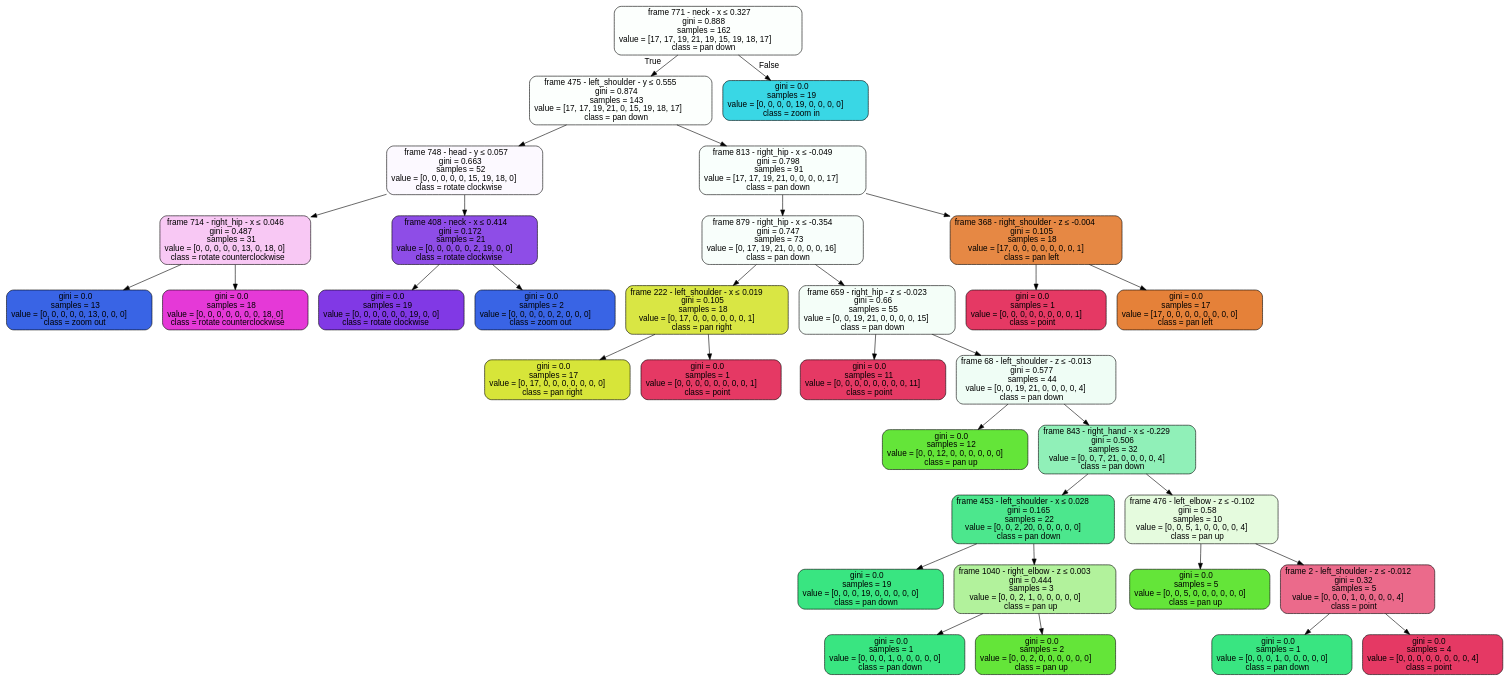
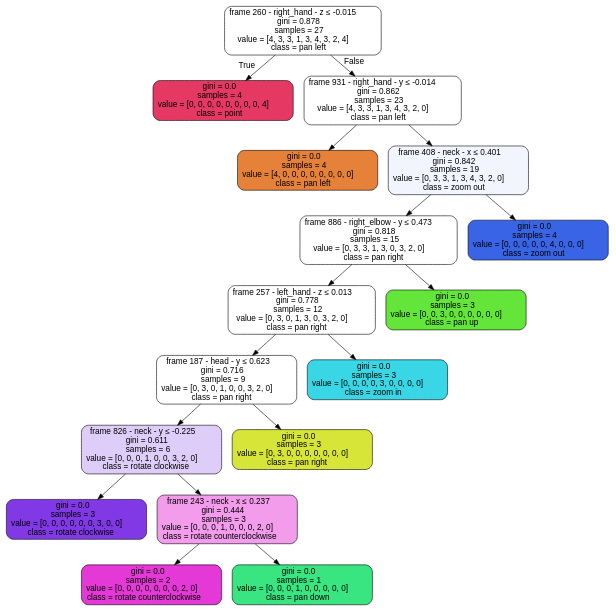
One commit to mcreaded/6.835 changed the diagram in miniprojects/project2/tree.dot. Above: the diagram before and after it, drawn with Graphviz. The commit also changed 3 other files, not shown here.

```diff
--- a/miniprojects/project2/tree.dot
+++ b/miniprojects/project2/tree.dot
@@ -1,69 +1,37 @@
 digraph Tree {
 node [shape=box, style="filled, rounded", color="black", fontname=helvetica] ;
 edge [fontname=helvetica] ;
-0 [label=<frame 771 - neck - x &le; 0.327<br/>gini = 0.888<br/>samples = 162<br/>value = [17, 17, 19, 21, 19, 15, 19, 18, 17]<br/>class = pan down>, fillcolor="#39e58104"] ;
-1 [label=<frame 475 - left_shoulder - y &le; 0.555<br/>gini = 0.874<br/>samples = 143<br/>value = [17, 17, 19, 21, 0, 15, 19, 18, 17]<br/>class = pan down>, fillcolor="#39e58104"] ;
+0 [label=<frame 260 - right_hand - z &le; -0.015<br/>gini = 0.878<br/>samples = 27<br/>value = [4, 3, 3, 1, 3, 4, 3, 2, 4]<br/>class = pan left>, fillcolor="#e5813900"] ;
+1 [label=<gini = 0.0<br/>samples = 4<br/>value = [0, 0, 0, 0, 0, 0, 0, 0, 4]<br/>class = point>, fillcolor="#e53964ff"] ;
 0 -> 1 [labeldistance=2.5, labelangle=45, headlabel="True"] ;
-2 [label=<frame 748 - head - y &le; 0.057<br/>gini = 0.663<br/>samples = 52<br/>value = [0, 0, 0, 0, 0, 15, 19, 18, 0]<br/>class = rotate clockwise>, fillcolor="#8139e507"] ;
-1 -> 2 ;
-3 [label=<frame 714 - right_hip - x &le; 0.046<br/>gini = 0.487<br/>samples = 31<br/>value = [0, 0, 0, 0, 0, 13, 0, 18, 0]<br/>class = rotate counterclockwise>, fillcolor="#e539d747"] ;
+2 [label=<frame 931 - right_hand - y &le; -0.014<br/>gini = 0.862<br/>samples = 23<br/>value = [4, 3, 3, 1, 3, 4, 3, 2, 0]<br/>class = pan left>, fillcolor="#e5813900"] ;
+0 -> 2 [labeldistance=2.5, labelangle=-45, headlabel="False"] ;
+3 [label=<gini = 0.0<br/>samples = 4<br/>value = [4, 0, 0, 0, 0, 0, 0, 0, 0]<br/>class = pan left>, fillcolor="#e58139ff"] ;
 2 -> 3 ;
-4 [label=<gini = 0.0<br/>samples = 13<br/>value = [0, 0, 0, 0, 0, 13, 0, 0, 0]<br/>class = zoom out>, fillcolor="#3964e5ff"] ;
-3 -> 4 ;
-5 [label=<gini = 0.0<br/>samples = 18<br/>value = [0, 0, 0, 0, 0, 0, 0, 18, 0]<br/>class = rotate counterclockwise>, fillcolor="#e539d7ff"] ;
-3 -> 5 ;
-6 [label=<frame 408 - neck - x &le; 0.414<br/>gini = 0.172<br/>samples = 21<br/>value = [0, 0, 0, 0, 0, 2, 19, 0, 0]<br/>class = rotate clockwise>, fillcolor="#8139e5e4"] ;
-2 -> 6 ;
-7 [label=<gini = 0.0<br/>samples = 19<br/>value = [0, 0, 0, 0, 0, 0, 19, 0, 0]<br/>class = rotate clockwise>, fillcolor="#8139e5ff"] ;
+4 [label=<frame 408 - neck - x &le; 0.401<br/>gini = 0.842<br/>samples = 19<br/>value = [0, 3, 3, 1, 3, 4, 3, 2, 0]<br/>class = zoom out>, fillcolor="#3964e510"] ;
+2 -> 4 ;
+5 [label=<frame 886 - right_elbow - y &le; 0.473<br/>gini = 0.818<br/>samples = 15<br/>value = [0, 3, 3, 1, 3, 0, 3, 2, 0]<br/>class = pan right>, fillcolor="#d7e53900"] ;
+4 -> 5 ;
+6 [label=<frame 257 - left_hand - z &le; 0.013<br/>gini = 0.778<br/>samples = 12<br/>value = [0, 3, 0, 1, 3, 0, 3, 2, 0]<br/>class = pan right>, fillcolor="#d7e53900"] ;
+5 -> 6 ;
+7 [label=<frame 187 - head - y &le; 0.623<br/>gini = 0.716<br/>samples = 9<br/>value = [0, 3, 0, 1, 0, 0, 3, 2, 0]<br/>class = pan right>, fillcolor="#d7e53900"] ;
 6 -> 7 ;
-8 [label=<gini = 0.0<br/>samples = 2<br/>value = [0, 0, 0, 0, 0, 2, 0, 0, 0]<br/>class = zoom out>, fillcolor="#3964e5ff"] ;
-6 -> 8 ;
-9 [label=<frame 813 - right_hip - x &le; -0.049<br/>gini = 0.798<br/>samples = 91<br/>value = [17, 17, 19, 21, 0, 0, 0, 0, 17]<br/>class = pan down>, fillcolor="#39e58107"] ;
-1 -> 9 ;
-10 [label=<frame 879 - right_hip - x &le; -0.354<br/>gini = 0.747<br/>samples = 73<br/>value = [0, 17, 19, 21, 0, 0, 0, 0, 16]<br/>class = pan down>, fillcolor="#39e58109"] ;
-9 -> 10 ;
-11 [label=<frame 222 - left_shoulder - x &le; 0.019<br/>gini = 0.105<br/>samples = 18<br/>value = [0, 17, 0, 0, 0, 0, 0, 0, 1]<br/>class = pan right>, fillcolor="#d7e539f0"] ;
+8 [label=<frame 826 - neck - y &le; -0.225<br/>gini = 0.611<br/>samples = 6<br/>value = [0, 0, 0, 1, 0, 0, 3, 2, 0]<br/>class = rotate clockwise>, fillcolor="#8139e540"] ;
+7 -> 8 ;
+9 [label=<gini = 0.0<br/>samples = 3<br/>value = [0, 0, 0, 0, 0, 0, 3, 0, 0]<br/>class = rotate clockwise>, fillcolor="#8139e5ff"] ;
+8 -> 9 ;
+10 [label=<frame 243 - neck - x &le; 0.237<br/>gini = 0.444<br/>samples = 3<br/>value = [0, 0, 0, 1, 0, 0, 0, 2, 0]<br/>class = rotate counterclockwise>, fillcolor="#e539d77f"] ;
+8 -> 10 ;
+11 [label=<gini = 0.0<br/>samples = 2<br/>value = [0, 0, 0, 0, 0, 0, 0, 2, 0]<br/>class = rotate counterclockwise>, fillcolor="#e539d7ff"] ;
 10 -> 11 ;
-12 [label=<gini = 0.0<br/>samples = 17<br/>value = [0, 17, 0, 0, 0, 0, 0, 0, 0]<br/>class = pan right>, fillcolor="#d7e539ff"] ;
-11 -> 12 ;
-13 [label=<gini = 0.0<br/>samples = 1<br/>value = [0, 0, 0, 0, 0, 0, 0, 0, 1]<br/>class = point>, fillcolor="#e53964ff"] ;
-11 -> 13 ;
-14 [label=<frame 659 - right_hip - z &le; -0.023<br/>gini = 0.66<br/>samples = 55<br/>value = [0, 0, 19, 21, 0, 0, 0, 0, 15]<br/>class = pan down>, fillcolor="#39e5810e"] ;
-10 -> 14 ;
-15 [label=<gini = 0.0<br/>samples = 11<br/>value = [0, 0, 0, 0, 0, 0, 0, 0, 11]<br/>class = point>, fillcolor="#e53964ff"] ;
-14 -> 15 ;
-16 [label=<frame 68 - left_shoulder - z &le; -0.013<br/>gini = 0.577<br/>samples = 44<br/>value = [0, 0, 19, 21, 0, 0, 0, 0, 4]<br/>class = pan down>, fillcolor="#39e58114"] ;
-14 -> 16 ;
-17 [label=<gini = 0.0<br/>samples = 12<br/>value = [0, 0, 12, 0, 0, 0, 0, 0, 0]<br/>class = pan up>, fillcolor="#64e539ff"] ;
-16 -> 17 ;
-18 [label=<frame 843 - right_hand - x &le; -0.229<br/>gini = 0.506<br/>samples = 32<br/>value = [0, 0, 7, 21, 0, 0, 0, 0, 4]<br/>class = pan down>, fillcolor="#39e5818f"] ;
-16 -> 18 ;
-19 [label=<frame 453 - left_shoulder - x &le; 0.028<br/>gini = 0.165<br/>samples = 22<br/>value = [0, 0, 2, 20, 0, 0, 0, 0, 0]<br/>class = pan down>, fillcolor="#39e581e6"] ;
-18 -> 19 ;
-20 [label=<gini = 0.0<br/>samples = 19<br/>value = [0, 0, 0, 19, 0, 0, 0, 0, 0]<br/>class = pan down>, fillcolor="#39e581ff"] ;
-19 -> 20 ;
-21 [label=<frame 1040 - right_elbow - z &le; 0.003<br/>gini = 0.444<br/>samples = 3<br/>value = [0, 0, 2, 1, 0, 0, 0, 0, 0]<br/>class = pan up>, fillcolor="#64e5397f"] ;
-19 -> 21 ;
-22 [label=<gini = 0.0<br/>samples = 1<br/>value = [0, 0, 0, 1, 0, 0, 0, 0, 0]<br/>class = pan down>, fillcolor="#39e581ff"] ;
-21 -> 22 ;
-23 [label=<gini = 0.0<br/>samples = 2<br/>value = [0, 0, 2, 0, 0, 0, 0, 0, 0]<br/>class = pan up>, fillcolor="#64e539ff"] ;
-21 -> 23 ;
-24 [label=<frame 476 - left_elbow - z &le; -0.102<br/>gini = 0.58<br/>samples = 10<br/>value = [0, 0, 5, 1, 0, 0, 0, 0, 4]<br/>class = pan up>, fillcolor="#64e5392a"] ;
-18 -> 24 ;
-25 [label=<gini = 0.0<br/>samples = 5<br/>value = [0, 0, 5, 0, 0, 0, 0, 0, 0]<br/>class = pan up>, fillcolor="#64e539ff"] ;
-24 -> 25 ;
-26 [label=<frame 2 - left_shoulder - z &le; -0.012<br/>gini = 0.32<br/>samples = 5<br/>value = [0, 0, 0, 1, 0, 0, 0, 0, 4]<br/>class = point>, fillcolor="#e53964bf"] ;
-24 -> 26 ;
-27 [label=<gini = 0.0<br/>samples = 1<br/>value = [0, 0, 0, 1, 0, 0, 0, 0, 0]<br/>class = pan down>, fillcolor="#39e581ff"] ;
-26 -> 27 ;
-28 [label=<gini = 0.0<br/>samples = 4<br/>value = [0, 0, 0, 0, 0, 0, 0, 0, 4]<br/>class = point>, fillcolor="#e53964ff"] ;
-26 -> 28 ;
-29 [label=<frame 368 - right_shoulder - z &le; -0.004<br/>gini = 0.105<br/>samples = 18<br/>value = [17, 0, 0, 0, 0, 0, 0, 0, 1]<br/>class = pan left>, fillcolor="#e58139f0"] ;
-9 -> 29 ;
-30 [label=<gini = 0.0<br/>samples = 1<br/>value = [0, 0, 0, 0, 0, 0, 0, 0, 1]<br/>class = point>, fillcolor="#e53964ff"] ;
-29 -> 30 ;
-31 [label=<gini = 0.0<br/>samples = 17<br/>value = [17, 0, 0, 0, 0, 0, 0, 0, 0]<br/>class = pan left>, fillcolor="#e58139ff"] ;
-29 -> 31 ;
-32 [label=<gini = 0.0<br/>samples = 19<br/>value = [0, 0, 0, 0, 19, 0, 0, 0, 0]<br/>class = zoom in>, fillcolor="#39d7e5ff"] ;
-0 -> 32 [labeldistance=2.5, labelangle=-45, headlabel="False"] ;
+12 [label=<gini = 0.0<br/>samples = 1<br/>value = [0, 0, 0, 1, 0, 0, 0, 0, 0]<br/>class = pan down>, fillcolor="#39e581ff"] ;
+10 -> 12 ;
+13 [label=<gini = 0.0<br/>samples = 3<br/>value = [0, 3, 0, 0, 0, 0, 0, 0, 0]<br/>class = pan right>, fillcolor="#d7e539ff"] ;
+7 -> 13 ;
+14 [label=<gini = 0.0<br/>samples = 3<br/>value = [0, 0, 0, 0, 3, 0, 0, 0, 0]<br/>class = zoom in>, fillcolor="#39d7e5ff"] ;
+6 -> 14 ;
+15 [label=<gini = 0.0<br/>samples = 3<br/>value = [0, 0, 3, 0, 0, 0, 0, 0, 0]<br/>class = pan up>, fillcolor="#64e539ff"] ;
+5 -> 15 ;
+16 [label=<gini = 0.0<br/>samples = 4<br/>value = [0, 0, 0, 0, 0, 4, 0, 0, 0]<br/>class = zoom out>, fillcolor="#3964e5ff"] ;
+4 -> 16 ;
 }
```
